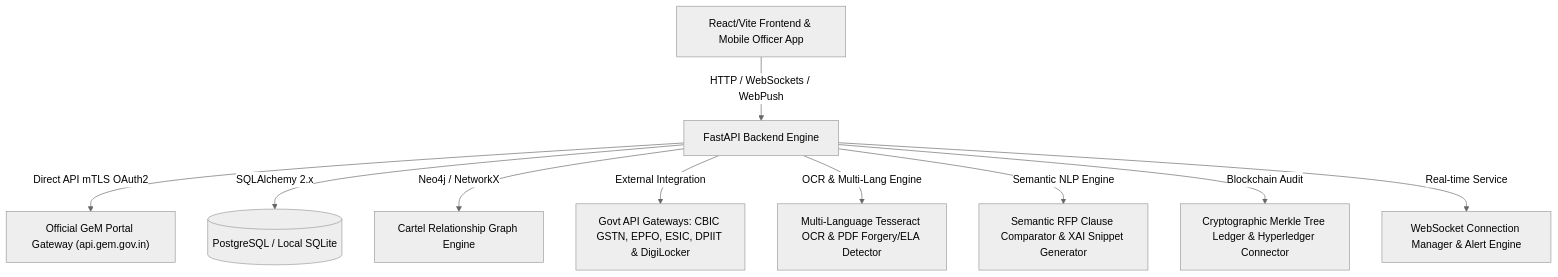
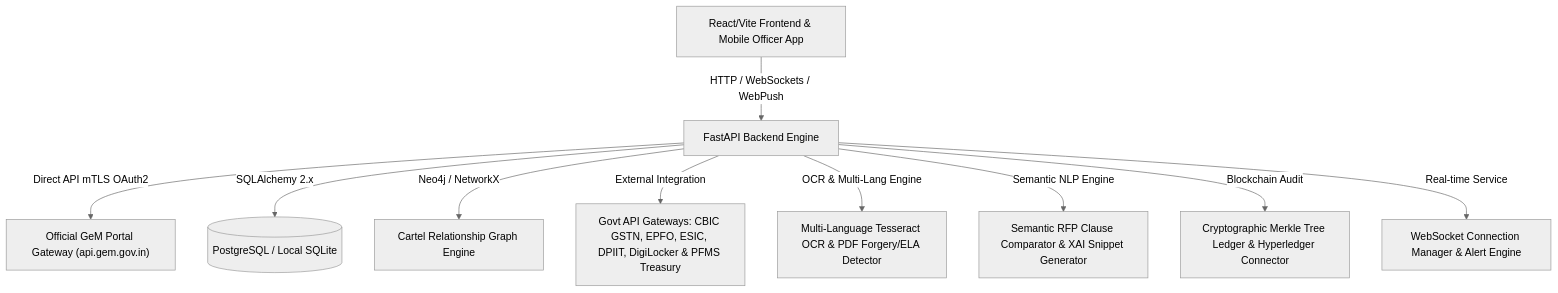
One commit to Yogeshsingh123-LAB/-AI-Powered-Integrated-Bid-Compliance-Verification-Platform-for-GeM-Procurement changed the diagram in README.md. Above: the diagram before and after it, drawn with Mermaid (neutral theme). The commit also changed other lines of this file and 4 other files, not shown here.

Commit message:
feat: implement Post-Award CRAC payment SLA tracking, PFMS Treasury disbursement API simulation, REST endpoints, and test suite

````diff
--- a/README.md
+++ b/README.md
@@ -31,12 +31,12 @@
 ```mermaid
 graph TD
     A["React/Vite Frontend & Mobile Officer App"] -- "HTTP / WebSockets / WebPush" --> B["FastAPI Backend Engine"]
     B -- "Direct API mTLS OAuth2" --> GeM["Official GeM Portal Gateway (api.gem.gov.in)"]
     B -- "SQLAlchemy 2.x" --> C[("PostgreSQL / Local SQLite")]
     B -- "Neo4j / NetworkX" --> D["Cartel Relationship Graph Engine"]
-    B -- "External Integration" --> E["Govt API Gateways: CBIC GSTN, EPFO, ESIC, DPIIT & DigiLocker"]
+    B -- "External Integration" --> E["Govt API Gateways: CBIC GSTN, EPFO, ESIC, DPIIT, DigiLocker & PFMS Treasury"]
     B -- "OCR & Multi-Lang Engine" --> F["Multi-Language Tesseract OCR & PDF Forgery/ELA Detector"]
     B -- "Semantic NLP Engine" --> G["Semantic RFP Clause Comparator & XAI Snippet Generator"]
     B -- "Blockchain Audit" --> H["Cryptographic Merkle Tree Ledger & Hyperledger Connector"]
     B -- "Real-time Service" --> I["WebSocket Connection Manager & Alert Engine"]
 ```
````
